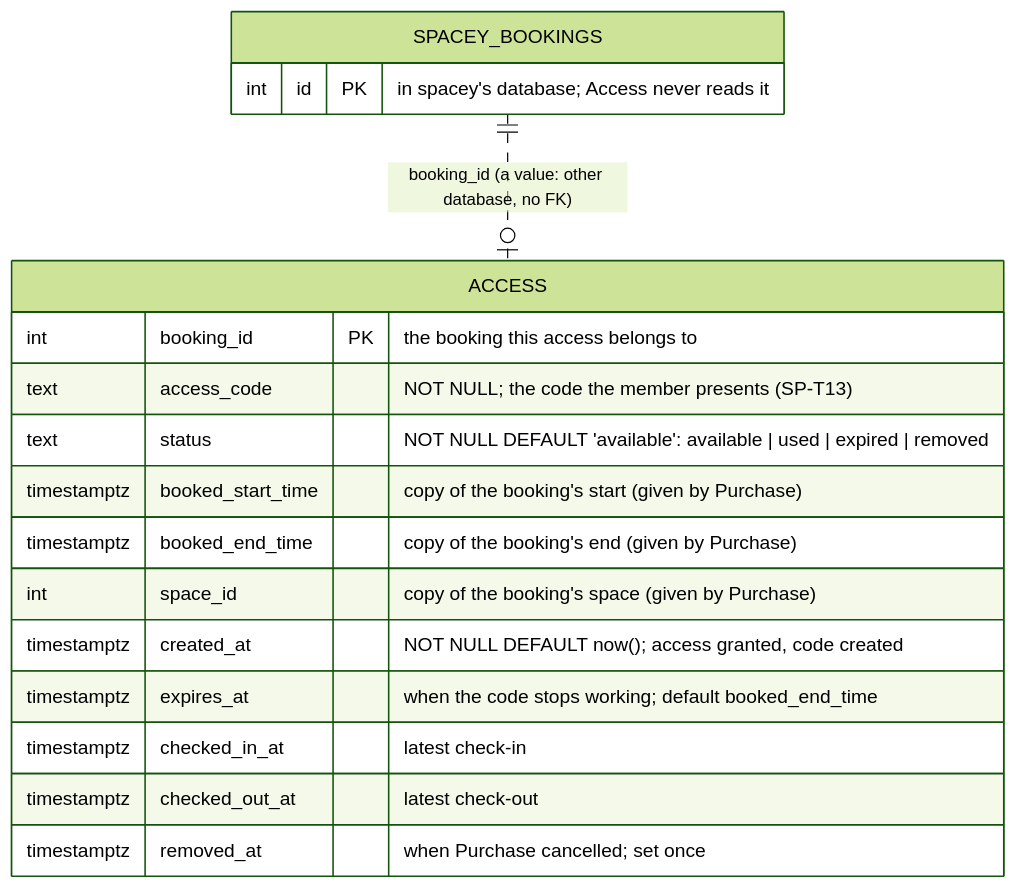
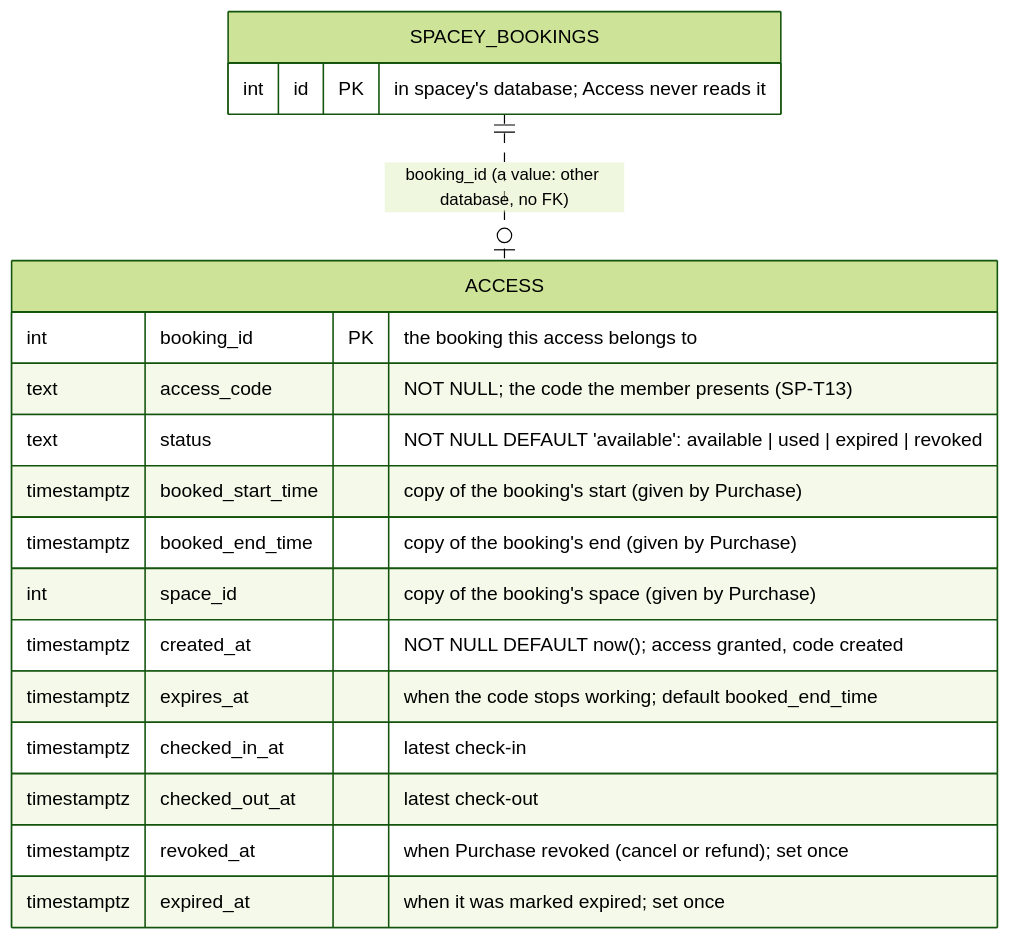
One commit to cs403bkk-2026/spacey-access changed the first of 2 diagrams in docs/database.md. Above: the diagram before and after it, drawn with Mermaid (forest theme). The commit also changed other lines of this file and 16 other files, not shown here.

````diff
--- a/docs/database.md
+++ b/docs/database.md
@@ -8,21 +9,22 @@
 ```mermaid
 erDiagram
     SPACEY_BOOKINGS ||..o| ACCESS : "booking_id (a value: other database, no FK)"
 
     SPACEY_BOOKINGS {
         int id PK "in spacey's database; Access never reads it"
     }
     ACCESS {
         int booking_id PK "the booking this access belongs to"
         text access_code "NOT NULL; the code the member presents (SP-T13)"
-        text status "NOT NULL DEFAULT 'available': available | used | expired | removed"
+        text status "NOT NULL DEFAULT 'available': available | used | expired | revoked"
         timestamptz booked_start_time "copy of the booking's start (given by Purchase)"
         timestamptz booked_end_time "copy of the booking's end (given by Purchase)"
         int space_id "copy of the booking's space (given by Purchase)"
         timestamptz created_at "NOT NULL DEFAULT now(); access granted, code created"
         timestamptz expires_at "when the code stops working; default booked_end_time"
         timestamptz checked_in_at "latest check-in"
         timestamptz checked_out_at "latest check-out"
-        timestamptz removed_at "when Purchase cancelled; set once"
+        timestamptz revoked_at "when Purchase revoked (cancel or refund); set once"
+        timestamptz expired_at "when it was marked expired; set once"
     }
 ```
````
